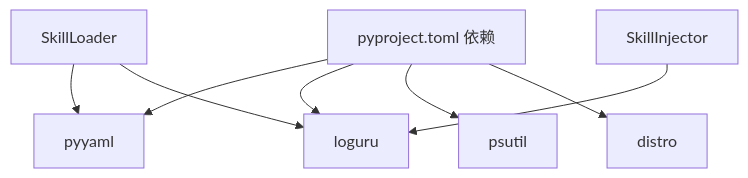
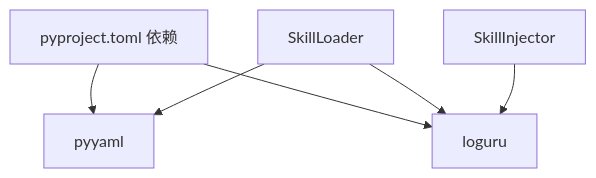
The sixth of 6 diagrams in .qoder/repowiki/zh/content/技能与记忆系统/技能管理系统/技能管理系统.md (iammm0/secbot), drawn with Mermaid before and after one commit. The commit also changed other lines of this file and 47 other files, not shown here.

````diff
--- a/.qoder/repowiki/zh/content/技能与记忆系统/技能管理系统/技能管理系统.md
+++ b/.qoder/repowiki/zh/content/技能与记忆系统/技能管理系统/技能管理系统.md
@@ -446,10 +276,8 @@
 ```mermaid
 graph TB
 PY["pyproject.toml 依赖"] --> Y["pyyaml"]
 PY --> L["loguru"]
-PY --> P["psutil"]
-PY --> D["distro"]
 SL["SkillLoader"] --> Y
 SL --> L
 SI["SkillInjector"] --> L
 ```
````
